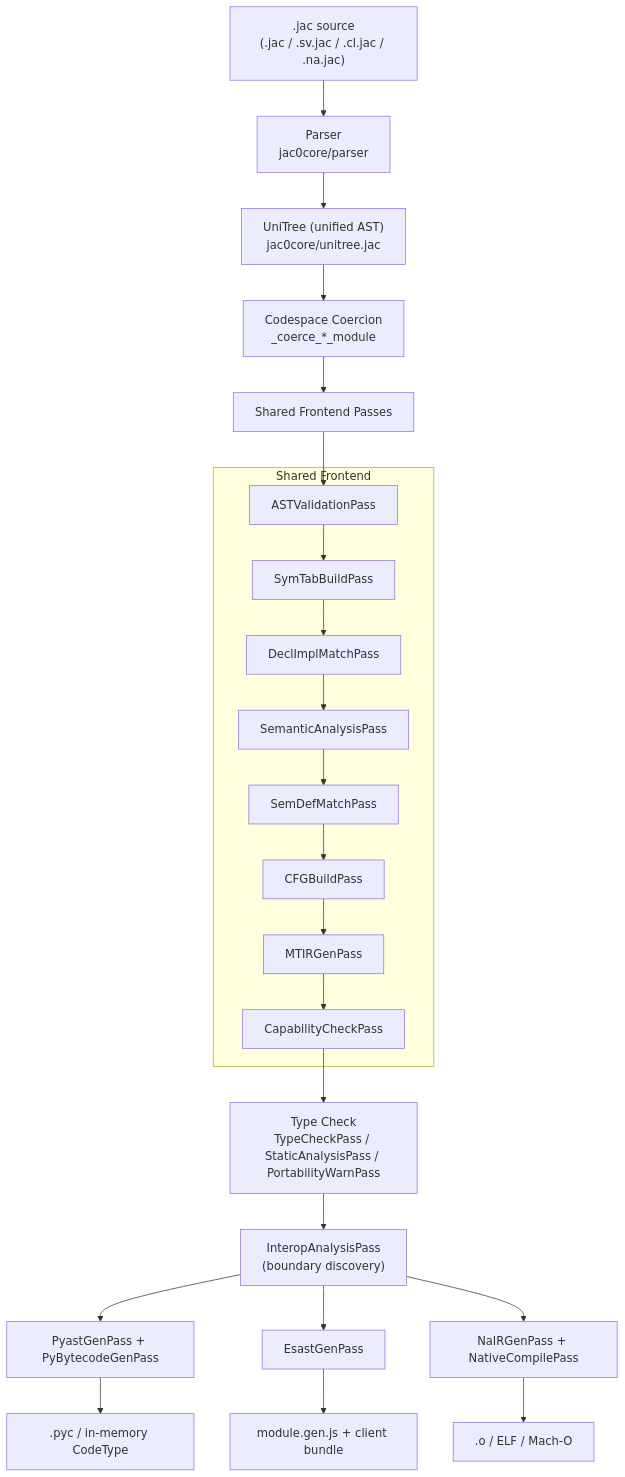
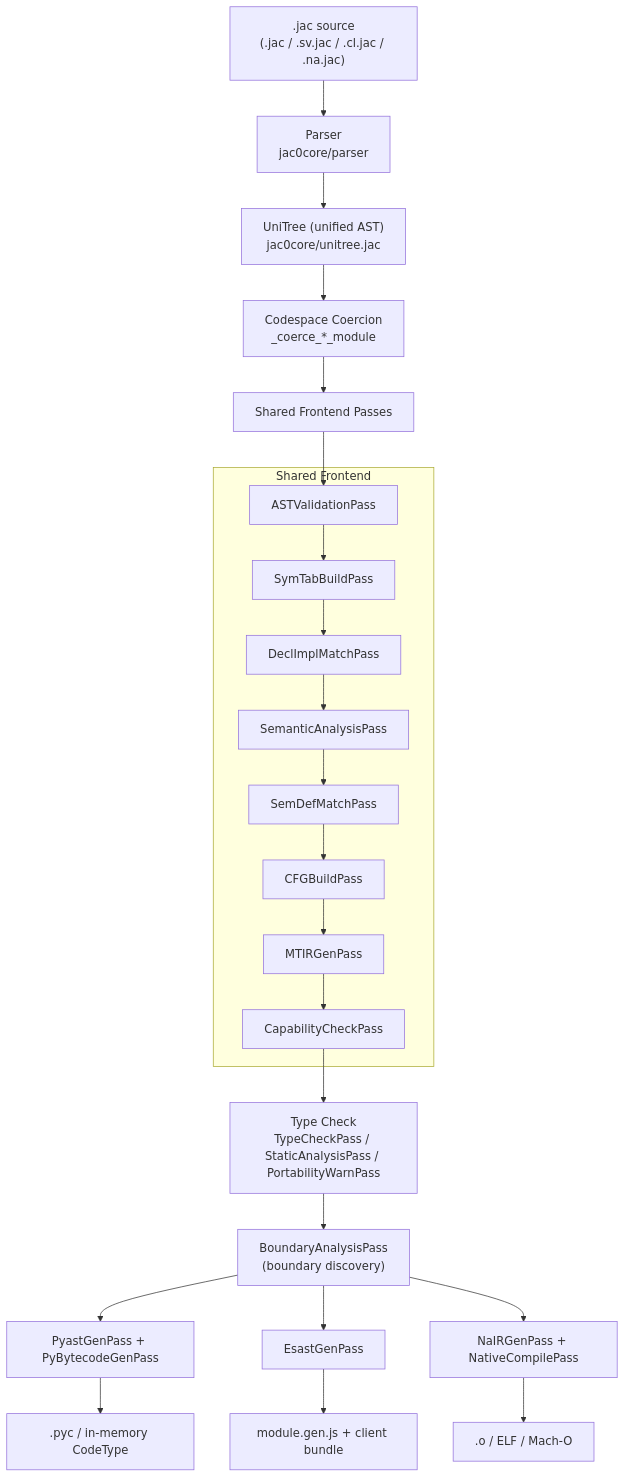
Before and after one commit to chrstophr/Agentic-AI: the second of 3 diagrams in jac-gpt/server/docs/internals/compiler_architecture.md, drawn with Mermaid. The commit also changed other lines of this file and 125 other files, not shown here.

````diff
--- a/jac-gpt/server/docs/internals/compiler_architecture.md
+++ b/jac-gpt/server/docs/internals/compiler_architecture.md
@@ -96,29 +96,29 @@
 ```mermaid
 graph TD
     SRC[".jac source<br/>(.jac / .sv.jac / .cl.jac / .na.jac)"] --> PARSE[Parser<br/>jac0core/parser]
     PARSE --> UNI["UniTree (unified AST)<br/>jac0core/unitree.jac"]
     UNI --> COERCE["Codespace Coercion<br/>_coerce_*_module"]
     COERCE --> FRONTEND[Shared Frontend Passes]
 
     subgraph FRONTEND_PASSES["Shared Frontend"]
         FE1[ASTValidationPass]
         FE2[SymTabBuildPass]
         FE3[DeclImplMatchPass]
         FE4[SemanticAnalysisPass]
         FE5[SemDefMatchPass]
         FE6[CFGBuildPass]
         FE7[MTIRGenPass]
         FE8[CapabilityCheckPass]
     end
 
     FRONTEND --> FE1 --> FE2 --> FE3 --> FE4 --> FE5 --> FE6 --> FE7 --> FE8
     FE8 --> TYPECK["Type Check<br/>TypeCheckPass / StaticAnalysisPass / PortabilityWarnPass"]
-    TYPECK --> INTEROP["InteropAnalysisPass<br/>(boundary discovery)"]
+    TYPECK --> INTEROP["BoundaryAnalysisPass<br/>(boundary discovery)"]
     INTEROP --> SV[PyastGenPass + PyBytecodeGenPass]
     INTEROP --> CL[EsastGenPass]
     INTEROP --> NA[NaIRGenPass + NativeCompilePass]
 
     SV --> SVOUT[".pyc / in-memory CodeType"]
     CL --> CLOUT["module.gen.js + client bundle"]
     NA --> NAOUT[".o / ELF / Mach-O"]
 ```
````
